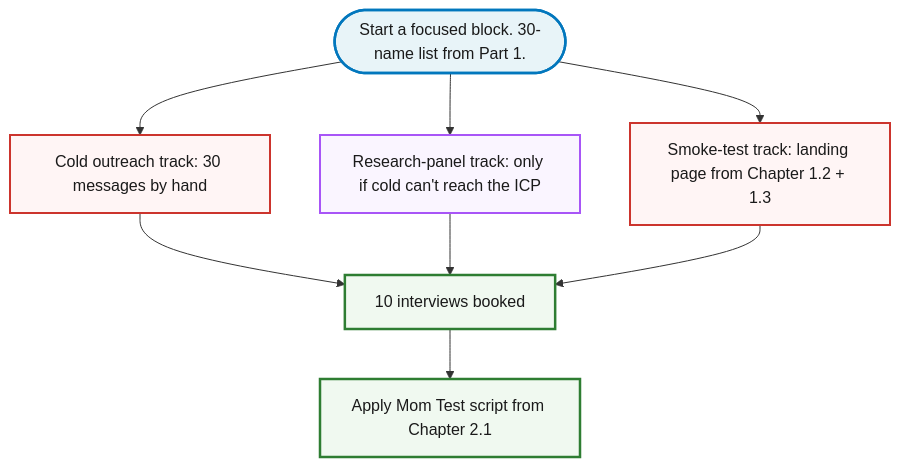
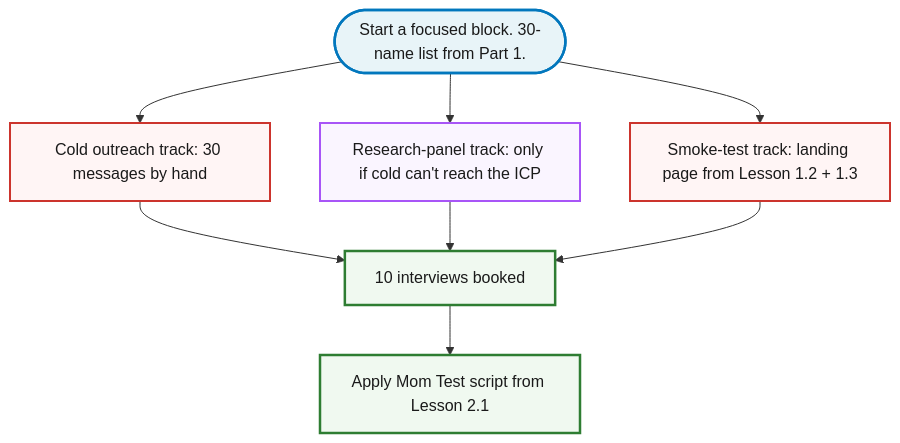
The diagram in content/course/tech-for-non-technical-founders-2026/find-10-people-with-problem-outreach-2026/index.md (jetthoughts/jetthoughts.github.io), drawn with Mermaid before and after one commit. The commit also changed other lines of this file and 183 other files, not shown here.

````diff
--- a/content/course/tech-for-non-technical-founders-2026/find-10-people-with-problem-outreach-2026/index.md
+++ b/content/course/tech-for-non-technical-founders-2026/find-10-people-with-problem-outreach-2026/index.md
@@ -139,22 +84,22 @@
 ```mermaid
-%%{init: {'theme':'base', 'themeVariables': {'fontFamily':'Caveat, Patrick Hand, cursive', 'primaryColor':'#fff5f5', 'primaryBorderColor':'#cc342d', 'lineColor':'#333', 'primaryTextColor':'#1a1a1a'}}}%%
+%%{init: {'theme':'base', 'themeVariables': {'fontFamily':'Caveat, Patrick Hand, Comic Sans MS, cursive', 'primaryColor':'#fff5f5', 'primaryBorderColor':'#cc342d', 'lineColor':'#333', 'primaryTextColor':'#1a1a1a'}}}%%
 flowchart TD
     A(["Start a focused block. 30-name list from Part 1."])
     A --> B[Cold outreach track: 30 messages by hand]
     A --> C[Research-panel track: only if cold can't reach the ICP]
-    A --> D[Smoke-test track: landing page from Chapter 1.2 + 1.3]
+    A --> D[Smoke-test track: landing page from Lesson 1.2 + 1.3]
     B --> E[10 interviews booked]
     C --> E
     D --> E
-    E --> F[Apply Mom Test script from Chapter 2.1]
+    E --> F[Apply Mom Test script from Lesson 2.1]
 
     classDef start fill:#e8f4f8,stroke:#0277bd,stroke-width:2.5px,color:#1a1a1a
     classDef track fill:#fff5f5,stroke:#cc342d,stroke-width:2px,color:#1a1a1a
     classDef paid fill:#faf5ff,stroke:#a855f7,stroke-width:2px,color:#1a1a1a
     classDef goal fill:#f0f9f0,stroke:#2e7d32,stroke-width:2.5px,color:#1a1a1a
 
     class A start
     class B,D track
     class C paid
     class E,F goal
 ```
````
